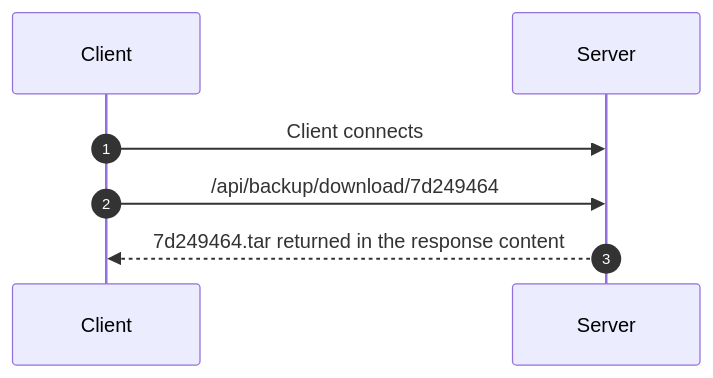
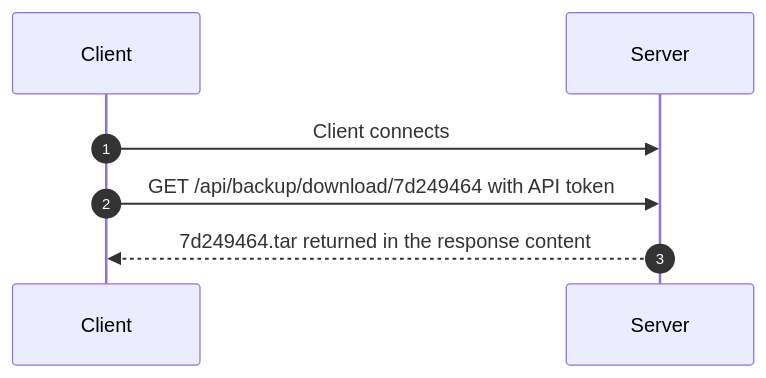
Before and after one commit to pilkch/homeassistant-websocket-api-helper: the second of 2 diagrams in README.md, drawn with Mermaid. The commit also changed other lines of this file, not shown here.

Commit message:
Updated data flow documentation.

````diff
--- a/README.md
+++ b/README.md
@@ -34,9 +42,9 @@
 ```mermaid
 sequenceDiagram
   autonumber
   participant C as Client
   participant S as Server
     C->>S: Client connects
-    C->>S: /api/backup/download/7d249464
+    C->>S: GET /api/backup/download/7d249464 with API token
     S-->>C: 7d249464.tar returned in the response content
 ```
````
